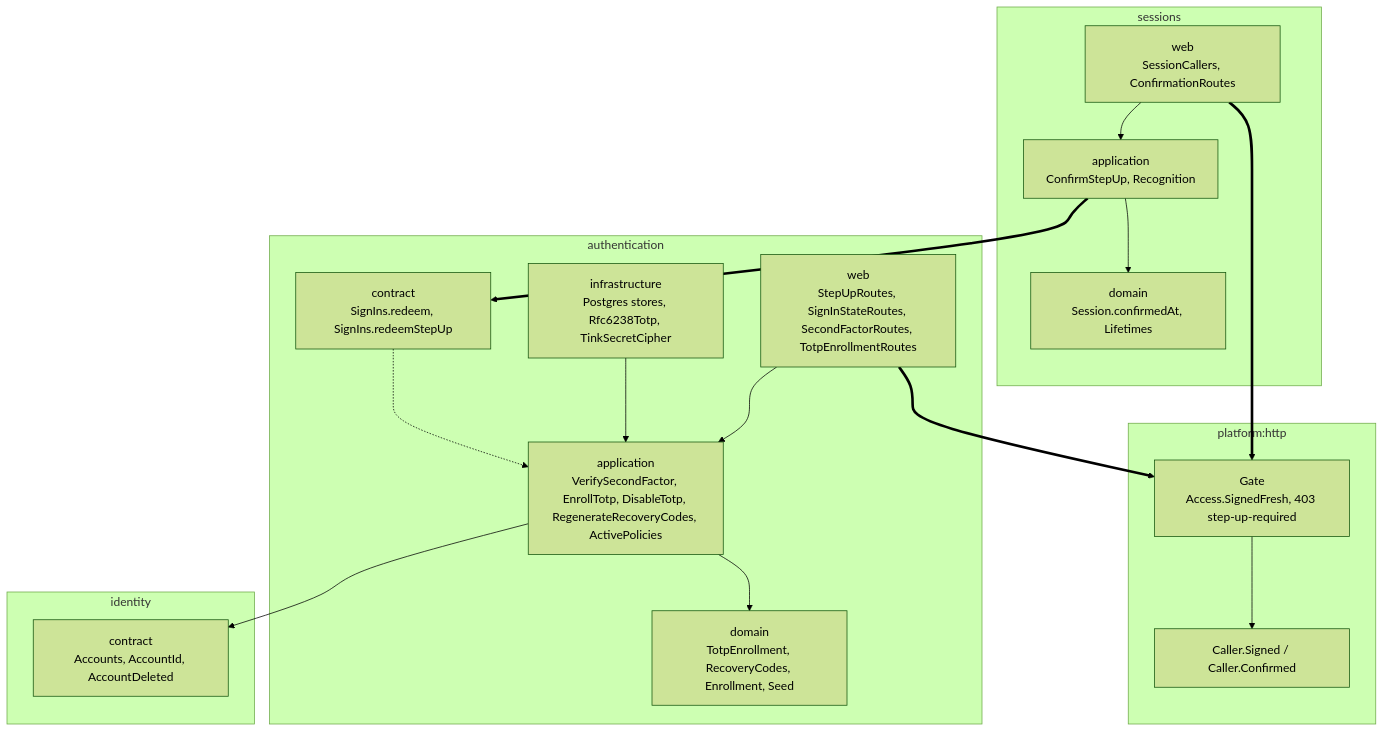
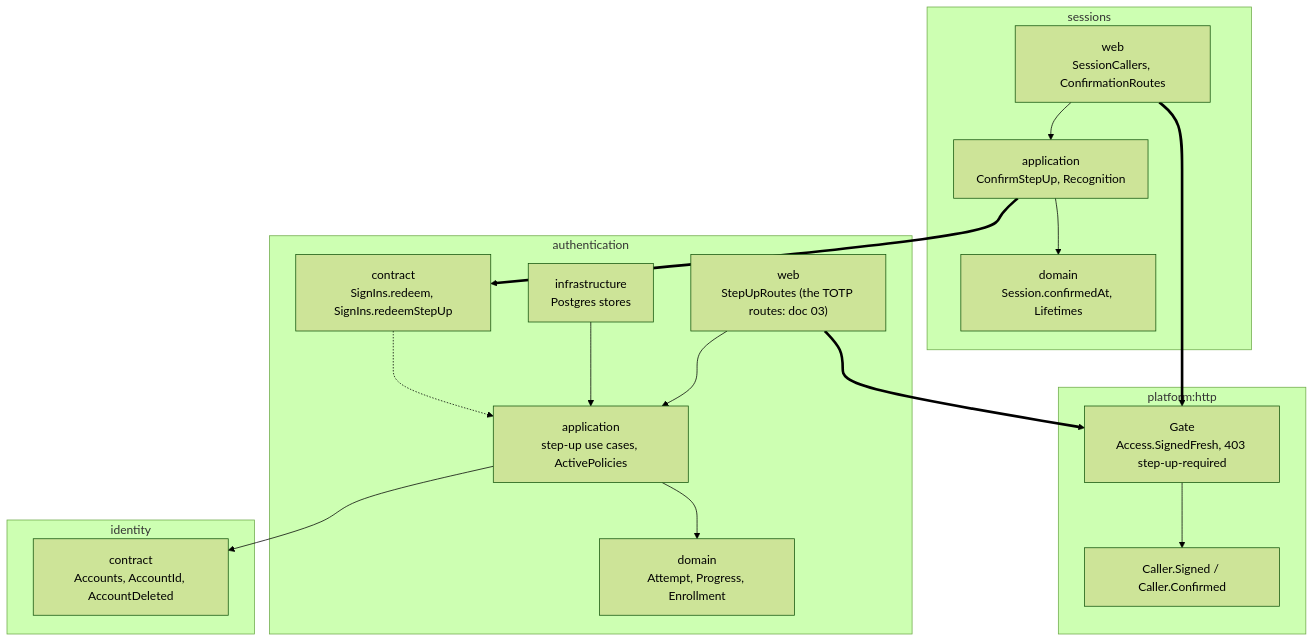
The second of 3 diagrams in docs/backend/02-authentication-slice-5.md (yuriisurzhykov/Tallyvane), drawn with Mermaid (forest theme) before and after one commit. The commit also changed other lines of this file and 3 other files, not shown here.

````diff
--- a/docs/backend/02-authentication-slice-5.md
+++ b/docs/backend/02-authentication-slice-5.md
@@ -140,33 +94,33 @@
 ```mermaid
 flowchart TB
     subgraph http [platform:http]
         gate["Gate<br/>Access.SignedFresh, 403 step-up-required"]
         caller["Caller.Signed / Caller.Confirmed"]
     end
     subgraph sessions [sessions]
         sweb["web<br/>SessionCallers, ConfirmationRoutes"]
         sapp["application<br/>ConfirmStepUp, Recognition"]
         sdom["domain<br/>Session.confirmedAt, Lifetimes"]
     end
     subgraph authn [authentication]
-        aweb["web<br/>StepUpRoutes, SignInStateRoutes, SecondFactorRoutes, TotpEnrollmentRoutes"]
-        aapp["application<br/>VerifySecondFactor, EnrollTotp, DisableTotp, RegenerateRecoveryCodes, ActivePolicies"]
+        aweb["web<br/>StepUpRoutes (the TOTP routes: doc 03)"]
+        aapp["application<br/>step-up use cases, ActivePolicies"]
         acon["contract<br/>SignIns.redeem, SignIns.redeemStepUp"]
-        adom["domain<br/>TotpEnrollment, RecoveryCodes, Enrollment, Seed"]
-        ainf["infrastructure<br/>Postgres stores, Rfc6238Totp, TinkSecretCipher"]
+        adom["domain<br/>Attempt, Progress, Enrollment"]
+        ainf["infrastructure<br/>Postgres stores"]
     end
     subgraph ident [identity]
         icon["contract<br/>Accounts, AccountId, AccountDeleted"]
     end
     sweb ==> gate
     sweb --> sapp
     sapp --> sdom
     sapp ==> acon
     aweb ==> gate
     aweb --> aapp
     aapp --> adom
     ainf --> aapp
     aapp --> icon
     acon -.-> aapp
     gate --> caller
 ```
````
